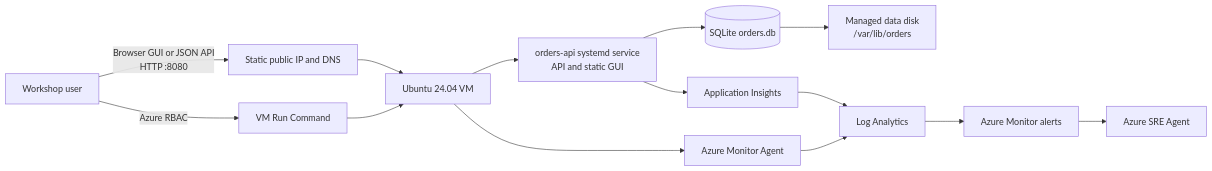
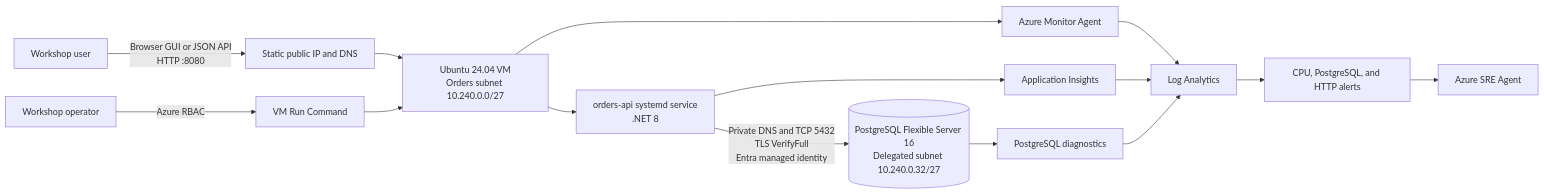
The diagram in docs/sre/01-deploy-and-validate/index.md (charliekw411/sre-agent-workshop), drawn with Mermaid before and after one commit. The commit also changed other lines of this file and 63 other files, not shown here.

First line of the commit message:
feat: replace SQLite with private PostgreSQL throughout the workshop (#25)

````diff
--- a/docs/sre/01-deploy-and-validate/index.md
+++ b/docs/sre/01-deploy-and-validate/index.md
@@ -44,18 +46,19 @@
 ```mermaid
 flowchart LR
     User[Workshop user] -->|Browser GUI or JSON API<br/>HTTP :8080| IP[Static public IP and DNS]
-    IP --> VM[Ubuntu 24.04 VM]
-    VM --> Service[orders-api systemd service<br/>API and static GUI]
-    Service --> DB[(SQLite orders.db)]
-    DB --> Disk[Managed data disk<br/>/var/lib/orders]
+    IP --> VM[Ubuntu 24.04 VM<br/>Orders subnet 10.240.0.0/27]
+    VM --> Service[orders-api systemd service<br/>.NET 8]
+    Service -->|Private DNS and TCP 5432<br/>TLS VerifyFull<br/>Entra managed identity| PG[(PostgreSQL Flexible Server 16<br/>Delegated subnet 10.240.0.32/27)]
 
     Service --> AI[Application Insights]
     VM --> AMA[Azure Monitor Agent]
+    PG --> Diag[PostgreSQL diagnostics]
     AMA --> LAW[Log Analytics]
     AI --> LAW
-    LAW --> Alerts[Azure Monitor alerts]
+    Diag --> LAW
+    LAW --> Alerts[CPU, PostgreSQL, and HTTP alerts]
     Alerts --> Agent[Azure SRE Agent]
 
-    User -->|Azure RBAC| RC[VM Run Command]
+    Operator[Workshop operator] -->|Azure RBAC| RC[VM Run Command]
     RC --> VM
 ```
````
